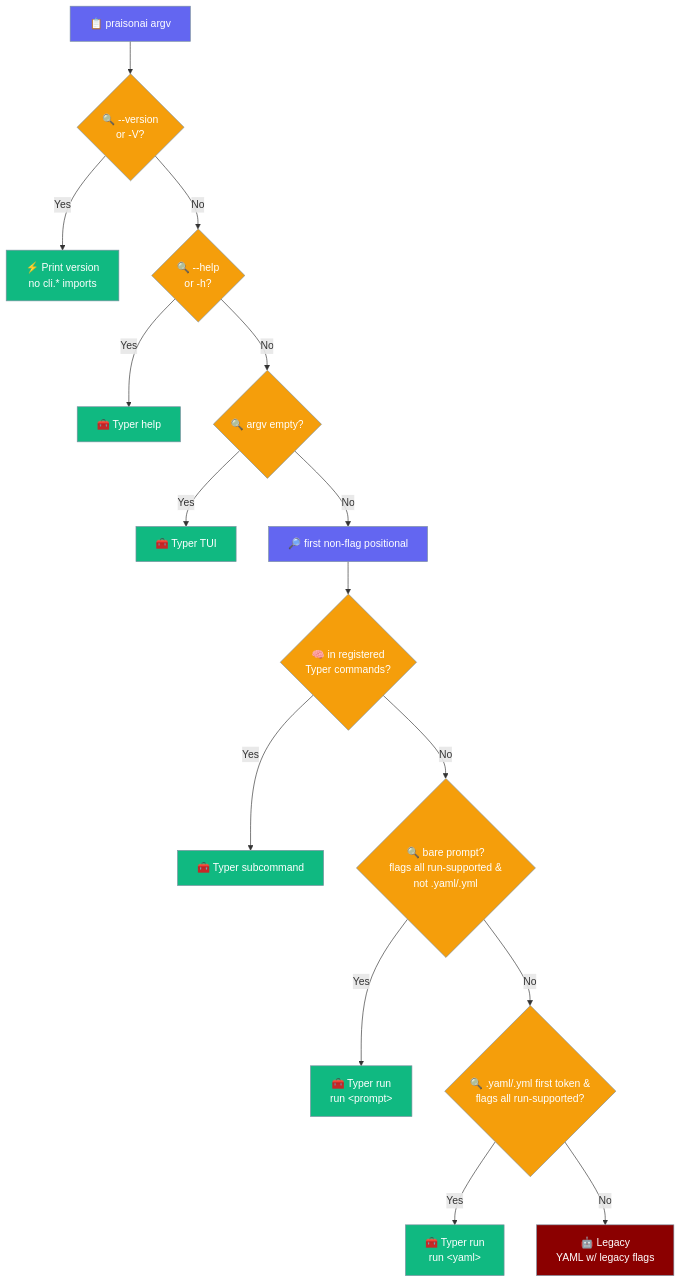
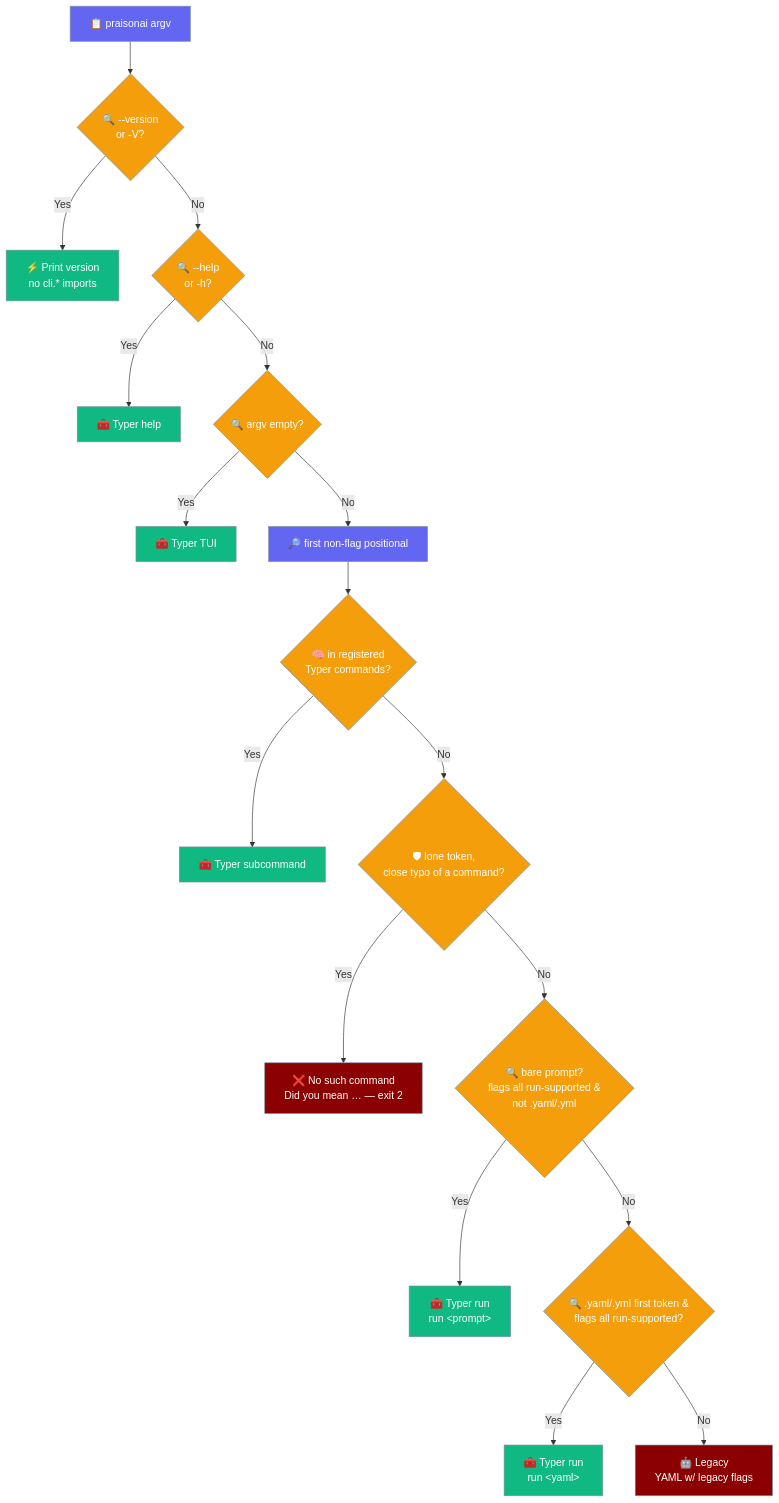
Before and after one commit to MervinPraison/PraisonAIDocs: the third of 5 diagrams in docs/features/cli-dispatcher.mdx, drawn with Mermaid. The commit also changed other lines of this file and 1 other file, not shown here.

First line of the commit message:
docs: CLI dispatcher global-flag hoisting + mistyped-verb guard (fixes #3132)

````diff
--- a/docs/features/cli-dispatcher.mdx
+++ b/docs/features/cli-dispatcher.mdx
@@ -59,28 +59,30 @@
 ```mermaid
 graph TB
     Start[📋 praisonai argv] --> V{🔍 --version<br/>or -V?}
     V -->|Yes| Print[⚡ Print version<br/>no cli.* imports]
     V -->|No| H{🔍 --help<br/>or -h?}
     H -->|Yes| Typer1[🧰 Typer help]
     H -->|No| E{🔍 argv empty?}
     E -->|Yes| Typer2[🧰 Typer TUI]
     E -->|No| F[🔎 first non-flag positional]
     F --> K{🧠 in registered<br/>Typer commands?}
     K -->|Yes| Typer3[🧰 Typer subcommand]
-    K -->|No| B{🔍 bare prompt?<br/>flags all run-supported &amp;<br/>not .yaml/.yml}
+    K -->|No| T{🛡 lone token,<br/>close typo of a command?}
+    T -->|Yes| Guard[❌ No such command<br/>Did you mean … — exit 2]
+    T -->|No| B{🔍 bare prompt?<br/>flags all run-supported &amp;<br/>not .yaml/.yml}
     B -->|Yes| Run[🧰 Typer run<br/>run &lt;prompt&gt;]
     B -->|No| Y{🔍 .yaml/.yml first token &amp;<br/>flags all run-supported?}
     Y -->|Yes| RunYaml[🧰 Typer run<br/>run &lt;yaml&gt;]
     Y -->|No| Legacy[🤖 Legacy<br/>YAML w/ legacy flags]
 
     classDef input fill:#6366F1,stroke:#7C90A0,color:#fff
     classDef check fill:#F59E0B,stroke:#7C90A0,color:#fff
     classDef route fill:#10B981,stroke:#7C90A0,color:#fff
     classDef agent fill:#8B0000,stroke:#7C90A0,color:#fff
 
     class Start input
-    class V,H,E,K,B,Y check
+    class V,H,E,K,T,B,Y check
     class F input
     class Print,Typer1,Typer2,Typer3,Run,RunYaml route
-    class Legacy agent
+    class Guard,Legacy agent
 ```
````
